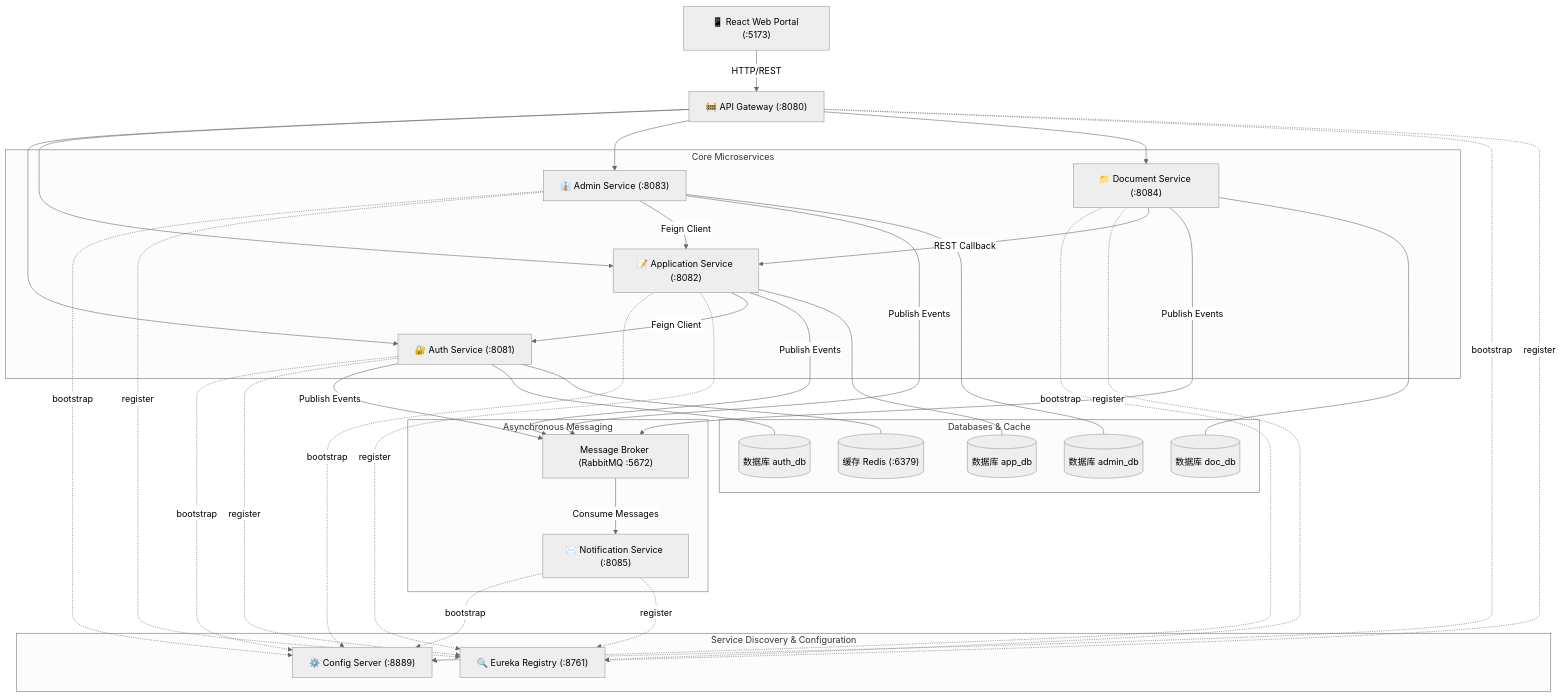
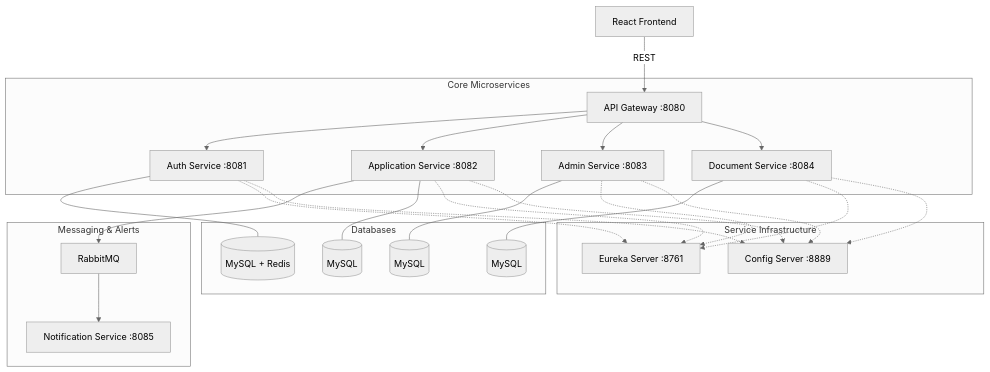
One commit to durgaaprasadch/FinFlow changed the second of 4 diagrams in docs/DESIGN_DIAGRAMS.md. Above: the diagram before and after it, drawn with Mermaid (neutral theme). The commit also changed other lines of this file and 2 other files, not shown here.

````diff
--- a/docs/DESIGN_DIAGRAMS.md
+++ b/docs/DESIGN_DIAGRAMS.md
@@ -56,55 +41,31 @@
 ```mermaid
-graph TB
-    Client["📱 React Web Portal (:5173)"] -->|HTTP/REST| Gateway["🚧 API Gateway (:8080)"]
-
-    subgraph "Service Discovery & Configuration"
-        Config["⚙️ Config Server (:8889)"]
-        Eureka["🔍 Eureka Registry (:8761)"]
+graph TD
+    Client[React Frontend] -->|REST| Gateway[API Gateway :8080]
+    
+    subgraph "Service Infrastructure"
+        Eureka[Eureka Server :8761]
+        Config[Config Server :8889]
     end
-
+    
     subgraph "Core Microservices"
-        Auth["🔐 Auth Service (:8081)"]
-        App["📝 Application Service (:8082)"]
-        Admin["👔 Admin Service (:8083)"]
-        Doc["📁 Document Service (:8084)"]
+        Gateway --> Auth[Auth Service :8081]
+        Gateway --> App[Application Service :8082]
+        Gateway --> Admin[Admin Service :8083]
+        Gateway --> Doc[Document Service :8084]
     end
-
-    subgraph "Asynchronous Messaging"
-        Rabbit["Message Broker (RabbitMQ :5672)"]
-        Notif["✉️ Notification Service (:8085)"]
+    
+    subgraph "Messaging & Alerts"
+        App --> Rabbit[RabbitMQ]
+        Rabbit --> Notif[Notification Service :8085]
     end
-
-    subgraph "Databases & Cache"
-        RedisDB[("缓存 Redis (:6379)")]
-        AuthDB[("数据库 auth_db")]
-        AppDB[("数据库 app_db")]
-        AdminDB[("数据库 admin_db")]
-        DocDB[("数据库 doc_db")]
+    
+    subgraph "Databases"
+        Auth --- AuthDB[(MySQL + Redis)]
+        App --- AppDB[(MySQL)]
+        Admin --- AdminDB[(MySQL)]
+        Doc --- DocDB[(MySQL)]
     end
-
-    %% Routing
-    Gateway --> Auth
-    Gateway --> App
-    Gateway --> Admin
-    Gateway --> Doc
-
-    %% Config & Registry mappings
-    Auth & App & Admin & Doc & Notif & Gateway -.->|bootstrap| Config
-    Auth & App & Admin & Doc & Notif & Gateway -.->|register| Eureka
-
-    %% Inter-service calls
-    App -->|Feign Client| Auth
-    Doc -->|REST Callback| App
-    Admin -->|Feign Client| App
-
-    %% Messaging
-    App & Auth & Admin & Doc -->|Publish Events| Rabbit
-    Rabbit -->|Consume Messages| Notif
-
-    %% DB Mappings
-    Auth --- AuthDB
-    Auth --- RedisDB
-    App --- AppDB
-    Admin --- AdminDB
-    Doc --- DocDB
+    
+    Auth & App & Admin & Doc -.-> Eureka
+    Auth & App & Admin & Doc -.-> Config
 ```
````
